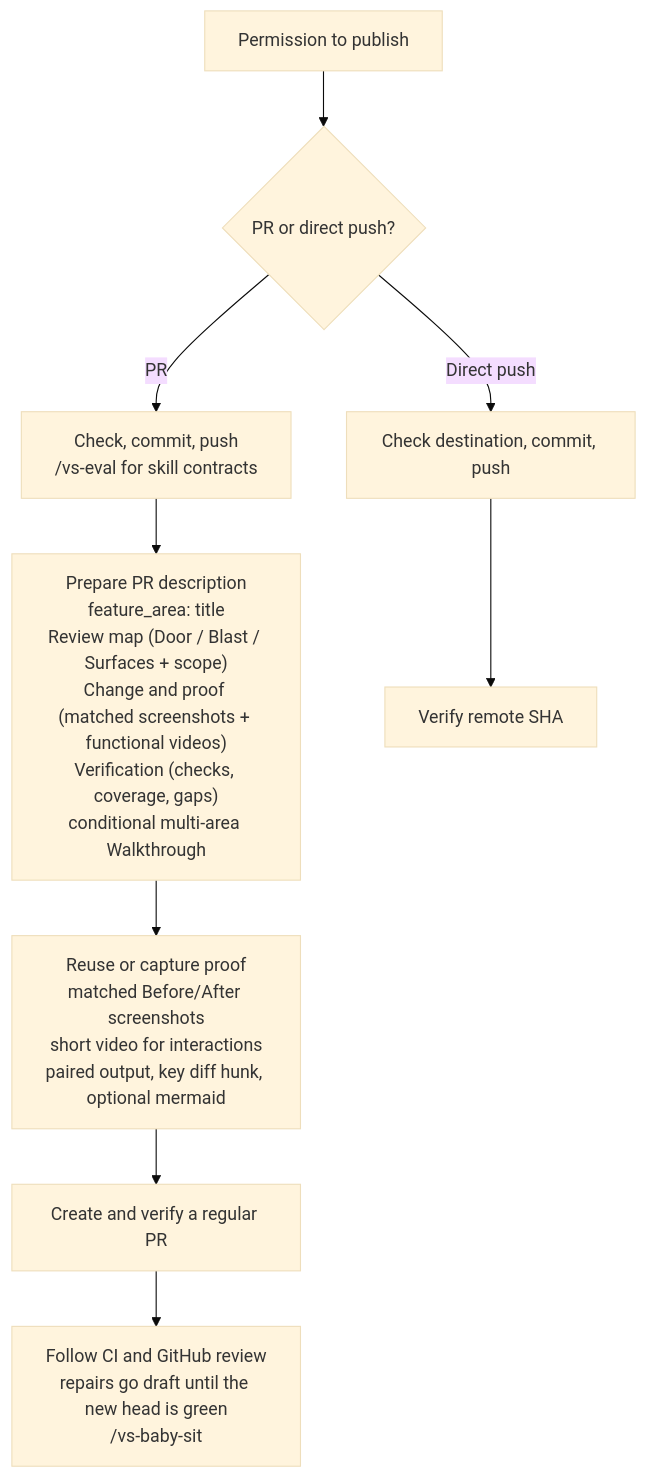
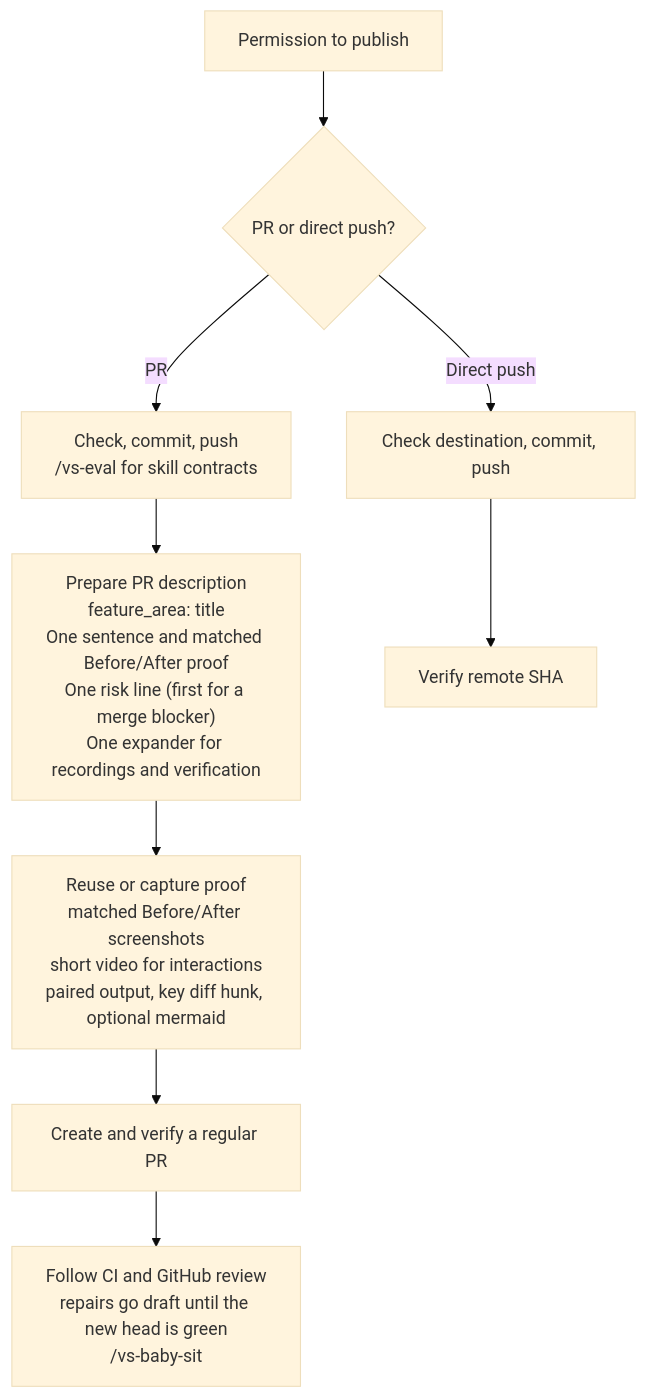
Before and after one commit to vltansky/vs: the fourth of 4 diagrams in README.md, drawn with Mermaid (base theme). The commit also changed 22 other files, not shown here.

````diff
--- a/README.md
+++ b/README.md
@@ -103,9 +103,9 @@
 ```mermaid
 flowchart TD
     I[Permission to publish] --> D{PR or direct push?}
     D -- PR --> C["Check, commit, push<br/>/vs-eval for skill contracts"]
-    C --> B["Prepare PR description<br/>feature_area: title<br/>Review map (Door / Blast / Surfaces + scope)<br/>Change and proof (matched screenshots + functional videos)<br/>Verification (checks, coverage, gaps)<br/>conditional multi-area Walkthrough"]
+    C --> B["Prepare PR description<br/>feature_area: title<br/>One sentence and matched Before/After proof<br/>One risk line (first for a merge blocker)<br/>One expander for recordings and verification"]
     B --> M["Reuse or capture proof<br/>matched Before/After screenshots<br/>short video for interactions<br/>paired output, key diff hunk, optional mermaid"]
     M --> O[Create and verify a regular PR] --> W["Follow CI and GitHub review<br/>repairs go draft until the new head is green<br/>/vs-baby-sit"]
     D -- Direct push --> F[Check destination, commit, push] --> S[Verify remote SHA]
 ```
````
